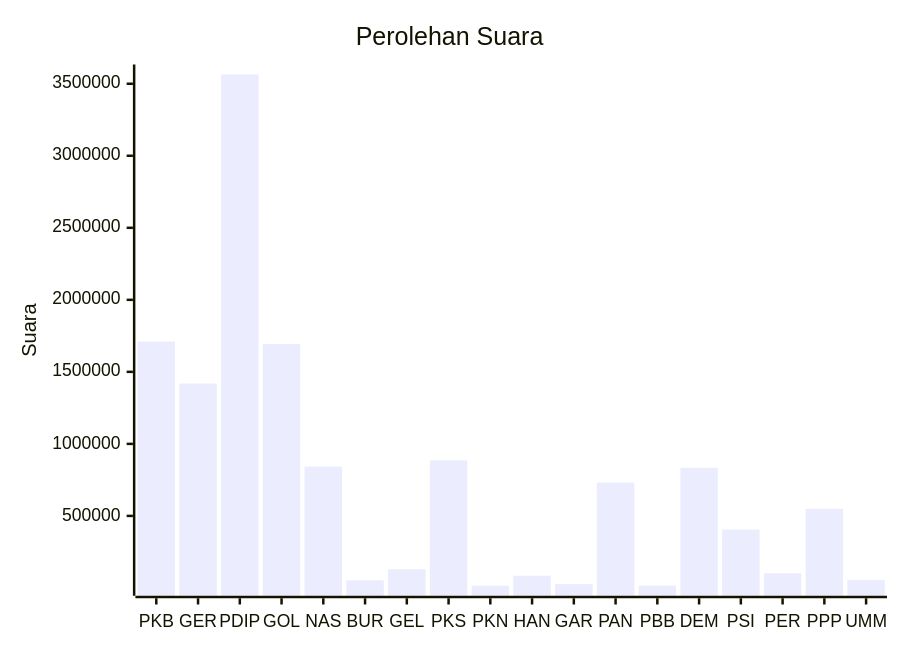
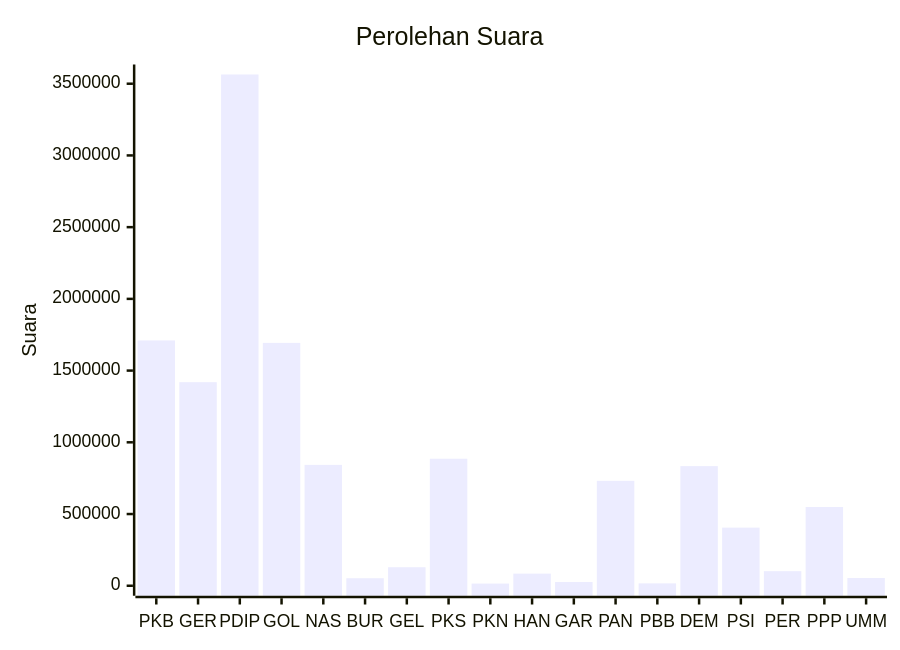
The diagram in pileg-dpr/hitung-suara/sub/table-wilayah-33.md (gigit-pemilu/pemilu-2024), drawn with Mermaid before and after one commit. The commit also changed 57 other files, not shown here.

````diff
--- a/pileg-dpr/hitung-suara/sub/table-wilayah-33.md
+++ b/pileg-dpr/hitung-suara/sub/table-wilayah-33.md
@@ -7,7 +7,7 @@
 ```mermaid
 xychart-beta
     title "Perolehan Suara"
     x-axis [PKB, GER, PDIP, GOL, NAS, BUR, GEL, PKS, PKN, HAN, GAR, PAN, PBB, DEM, PSI, PER, PPP, UMM]
-    y-axis "Suara"
+    y-axis "Suara" 0 --> 3564205
     bar [1710269, 1419118, 3564205, 1693102, 842813, 52466, 129131, 885598, 15160, 84618, 26241, 731375, 16461, 833864, 405194, 101754, 548738, 54188]
 ```
````
